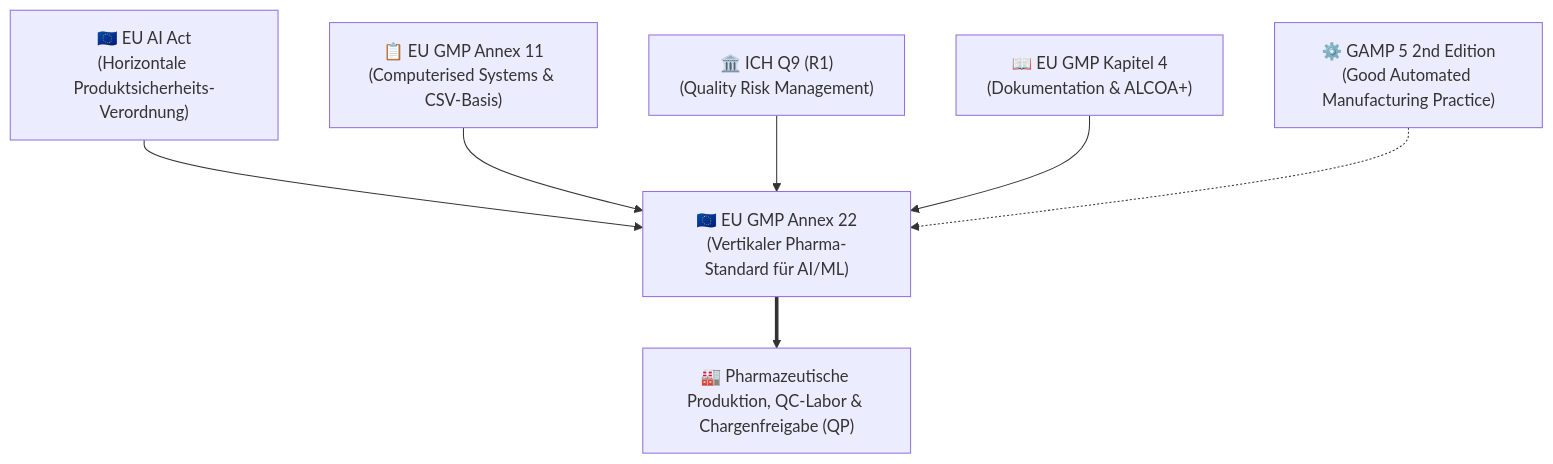
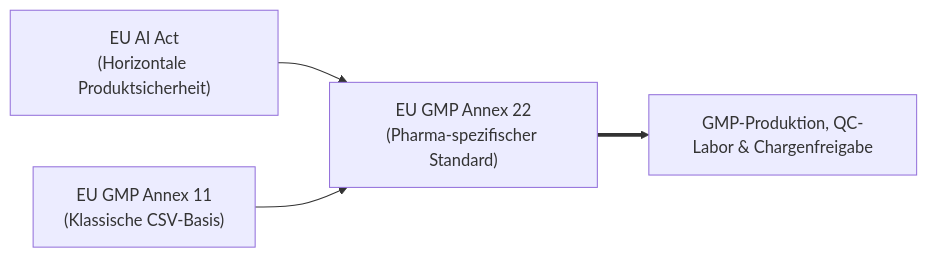
The first of 2 diagrams in docs/annex22_regulatory_framework.md (Lunaman06/Annex22), drawn with Mermaid before and after one commit. The commit also changed other lines of this file, not shown here.

Commit message:
docs: streamline master overview into executive roadmap with clear module signposts

````diff
--- a/docs/annex22_regulatory_framework.md
+++ b/docs/annex22_regulatory_framework.md
@@ -20,9 +14,6 @@
 ```mermaid
-graph TD
-    A["🇪🇺 EU AI Act<br/>(Horizontale Produktsicherheits-Verordnung)"] --> D["🇪🇺 EU GMP Annex 22<br/>(Vertikaler Pharma-Standard für AI/ML)"]
-    B["📋 EU GMP Annex 11<br/>(Computerised Systems & CSV-Basis)"] --> D
-    C["🏛️ ICH Q9 (R1)<br/>(Quality Risk Management)"] --> D
-    E["📖 EU GMP Kapitel 4<br/>(Dokumentation & ALCOA+)"] --> D
-    F["⚙️ GAMP 5 2nd Edition<br/>(Good Automated Manufacturing Practice)"] -.-> D
-    D ==> G["🏭 Pharmazeutische Produktion, QC-Labor & Chargenfreigabe (QP)"]
+graph LR
+    A["EU AI Act<br/>(Horizontale Produktsicherheit)"] --> C["EU GMP Annex 22<br/>(Pharma-spezifischer Standard)"]
+    B["EU GMP Annex 11<br/>(Klassische CSV-Basis)"] --> C
+    C ==> D["GMP-Produktion, QC-Labor & Chargenfreigabe"]
 ```
````
